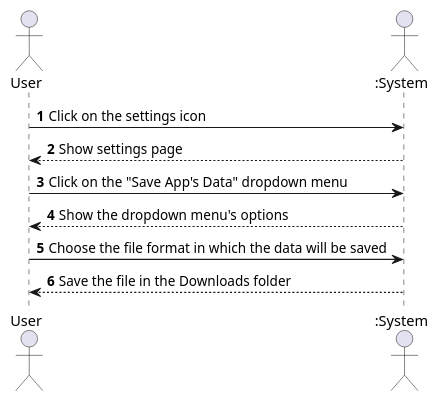
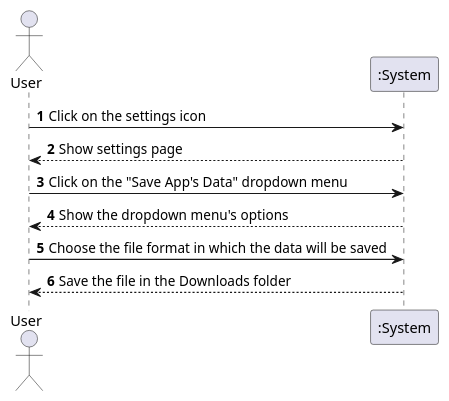
The diagram in UMLs/UC_SSD/uml/UCSS3_UCSSD.puml (VitorHTeixeira/DSSMV_ProjectDroid_1232067_1241131_1241008), drawn with PlantUML before and after one commit. The commit also changed 3 other files, not shown here.

```diff
--- a/UMLs/UC_SSD/uml/UCSS3_UCSSD.puml
+++ b/UMLs/UC_SSD/uml/UCSS3_UCSSD.puml
@@ -1,23 +1,23 @@
 @startuml
 'https://plantuml.com/sequence-diagram
 
 autonumber
 
 autonumber
 
 actor "User" as user
-actor ":System" as sys
+participant ":System" as sys
 
 user -> sys: Click on the settings icon
 user <-- sys: Show settings page
 
 user -> sys: Click on the "Save App's Data" dropdown menu
 user <-- sys: Show the dropdown menu's options
 
 user -> sys: Choose the file format in which the data will be saved
 user <-- sys: Save the file in the Downloads folder
 
 
 
 
 @enduml
```
